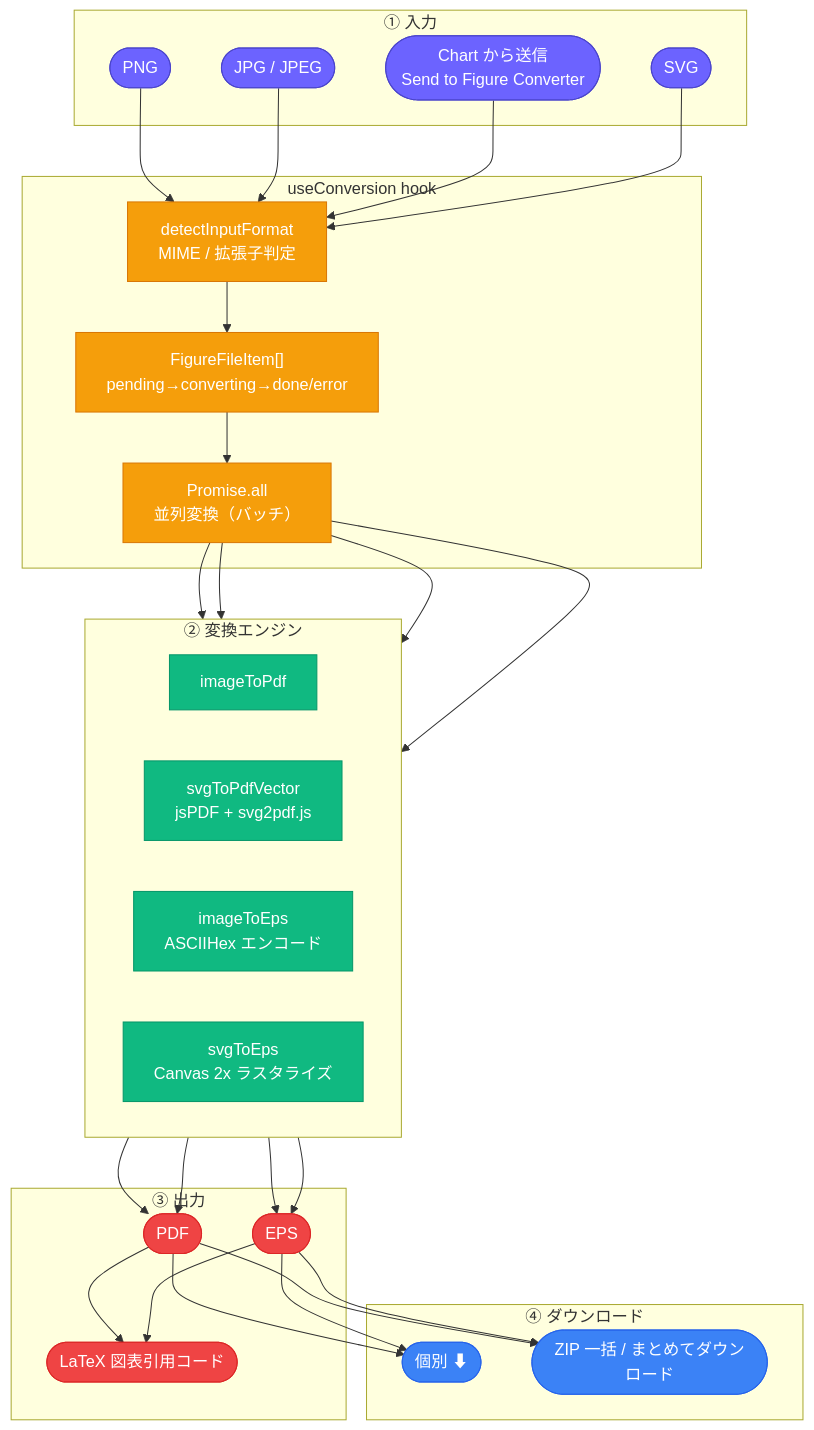
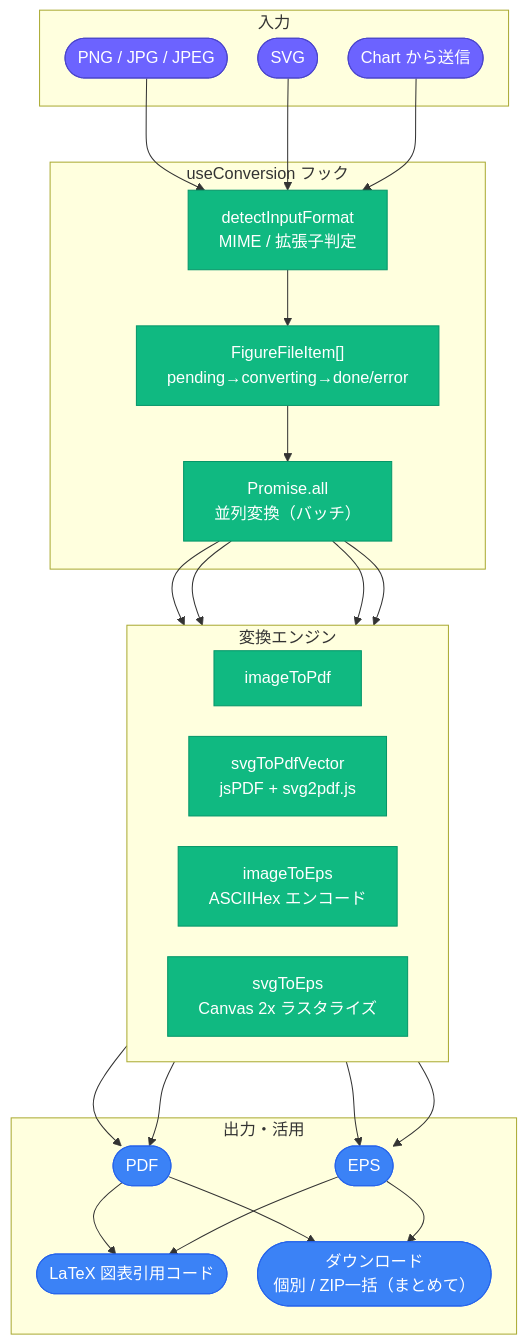
Before and after one commit to Axe0320/latex-research-toolkit: the first of 3 diagrams in docs/architecture/figure-convert.md, drawn with Mermaid. The commit also changed other lines of this file and 4 other files, not shown here.

First line of the commit message:
モジュール別アーキテクチャ図の矢印不具合を修正し内容を拡充

````diff
--- a/docs/architecture/figure-convert.md
+++ b/docs/architecture/figure-convert.md
@@ -7,50 +15,51 @@
 ```mermaid
+%%{init: {'flowchart': {'nodeSpacing': 30, 'rankSpacing': 55}}}%%
 flowchart TD
     classDef input fill:#6C63FF,color:#fff,stroke:#4a44cc
     classDef conv  fill:#10B981,color:#fff,stroke:#059669
-    classDef out   fill:#EF4444,color:#fff,stroke:#DC2626
-    classDef dl    fill:#3B82F6,color:#fff,stroke:#2563EB
-    classDef hook  fill:#F59E0B,color:#fff,stroke:#D97706
+    classDef out   fill:#3B82F6,color:#fff,stroke:#2563EB
 
-    subgraph IN["① 入力"]
-        PNG([PNG]):::input
-        JPG([JPG / JPEG]):::input
+    subgraph IN["入力"]
+        PNG([PNG / JPG / JPEG]):::input
         SVG([SVG]):::input
-        CHARTIN(["Chart から送信<br/>Send to Figure Converter"]):::input
+        CHARTIN(["Chart から送信"]):::input
     end
 
-    subgraph HOOK["useConversion hook"]
-        DET["detectInputFormat<br/>MIME / 拡張子判定"]:::hook
-        STATE["FigureFileItem[]<br/>pending→converting→done/error"]:::hook
-        PAR["Promise.all<br/>並列変換（バッチ）"]:::hook
+    subgraph HOOK["useConversion フック"]
+        DET["detectInputFormat<br/>MIME / 拡張子判定"]:::conv
+        STATE["FigureFileItem[]<br/>pending→converting→done/error"]:::conv
+        PAR["Promise.all<br/>並列変換（バッチ）"]:::conv
         DET --> STATE --> PAR
     end
 
-    subgraph CONV["② 変換エンジン"]
+    subgraph CONV["変換エンジン"]
         direction LR
         P1["imageToPdf"]:::conv
         P2["svgToPdfVector<br/>jsPDF + svg2pdf.js"]:::conv
         E1["imageToEps<br/>ASCIIHex エンコード"]:::conv
         E2["svgToEps<br/>Canvas 2x ラスタライズ"]:::conv
     end
 
-    subgraph OUT["③ 出力"]
+    subgraph OUT["出力・活用"]
         PDF([PDF]):::out
         EPS([EPS]):::out
         LTX(["LaTeX 図表引用コード"]):::out
+        DL(["ダウンロード<br/>個別 / ZIP一括（まとめて）"]):::out
     end
 
-    subgraph DL["④ ダウンロード"]
-        INDIV([個別 ⬇]):::dl
-        ZIP([ZIP 一括 / まとめてダウンロード]):::dl
-    end
-
-    PNG & JPG & CHARTIN --> DET
+    PNG --> DET
     SVG --> DET
-    PAR --> P1 & P2
-    PAR --> E1 & E2
-    P1 & P2 --> PDF
-    E1 & E2 --> EPS
-    PDF & EPS --> LTX
-    PDF & EPS --> INDIV & ZIP
+    CHARTIN --> DET
+    PAR --> P1
+    PAR --> P2
+    PAR --> E1
+    PAR --> E2
+    P1 --> PDF
+    P2 --> PDF
+    E1 --> EPS
+    E2 --> EPS
+    PDF --> LTX
+    PDF --> DL
+    EPS --> LTX
+    EPS --> DL
 ```
````
